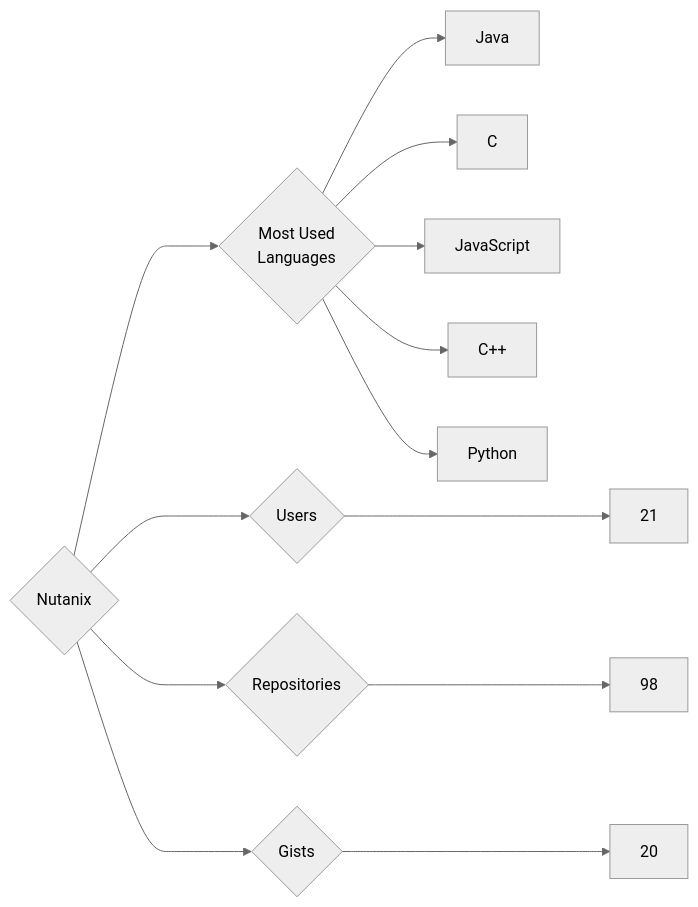
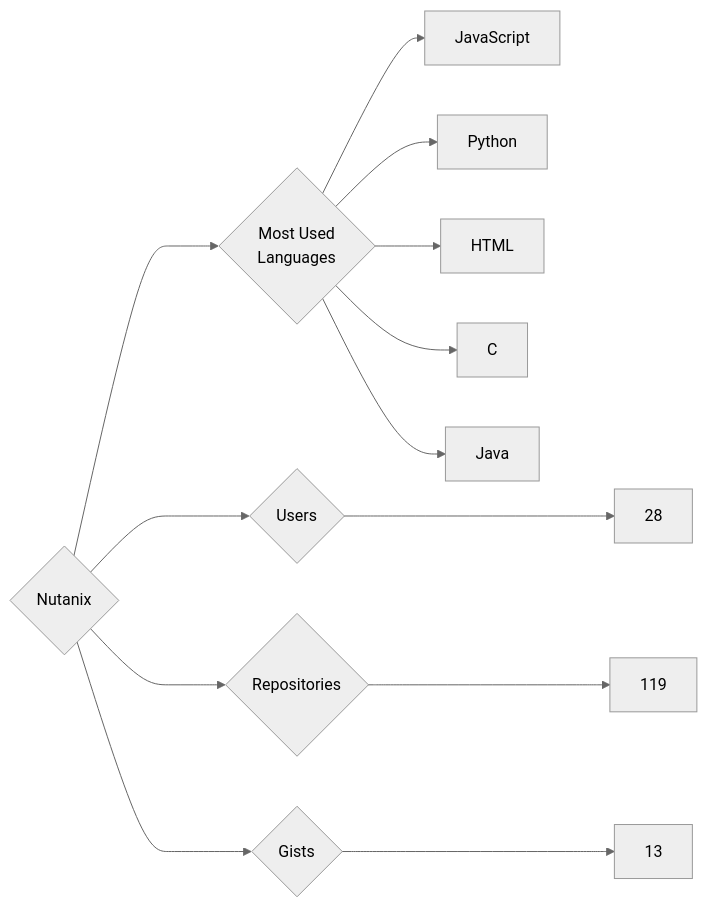
Before and after one commit to trickest/insiders: the diagram in targets/Nutanix/README.md, drawn with Mermaid (neutral theme). The commit also changed 851 other files, not shown here.

````diff
--- a/targets/Nutanix/README.md
+++ b/targets/Nutanix/README.md
@@ -3,13 +3,13 @@
 ```mermaid
 graph LR
 COMPANY_NAME{Nutanix}
-COMPANY_NAME ---> U{Users} ---> UN[21]
-COMPANY_NAME ---> R{Repositories} ---> RN[98]
-COMPANY_NAME ---> G{Gists} ---> GN[20]
+COMPANY_NAME ---> U{Users} ---> UN[28]
+COMPANY_NAME ---> R{Repositories} ---> RN[119]
+COMPANY_NAME ---> G{Gists} ---> GN[13]
 COMPANY_NAME ---> ML{Most Used<br>Languages}
+ML --> JavaScript[JavaScript]
+ML --> Python[Python]
+ML --> HTML[HTML]
+ML --> C[C]
 ML --> Java[Java]
-ML --> C[C]
-ML --> JavaScript[JavaScript]
-ML --> C++[C++]
-ML --> Python[Python]
 ```
````
